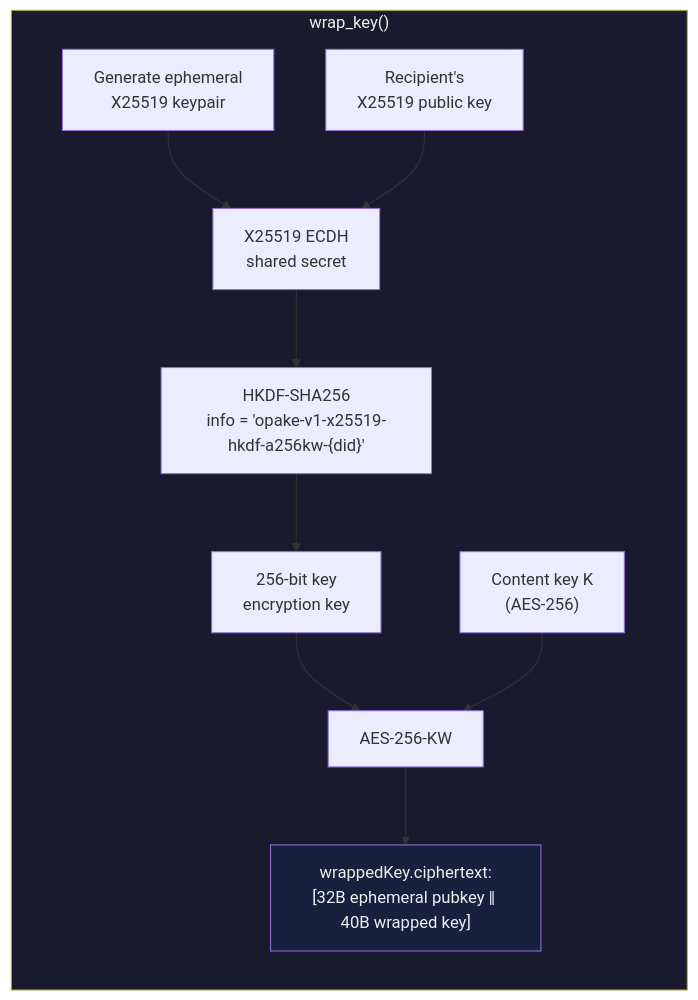
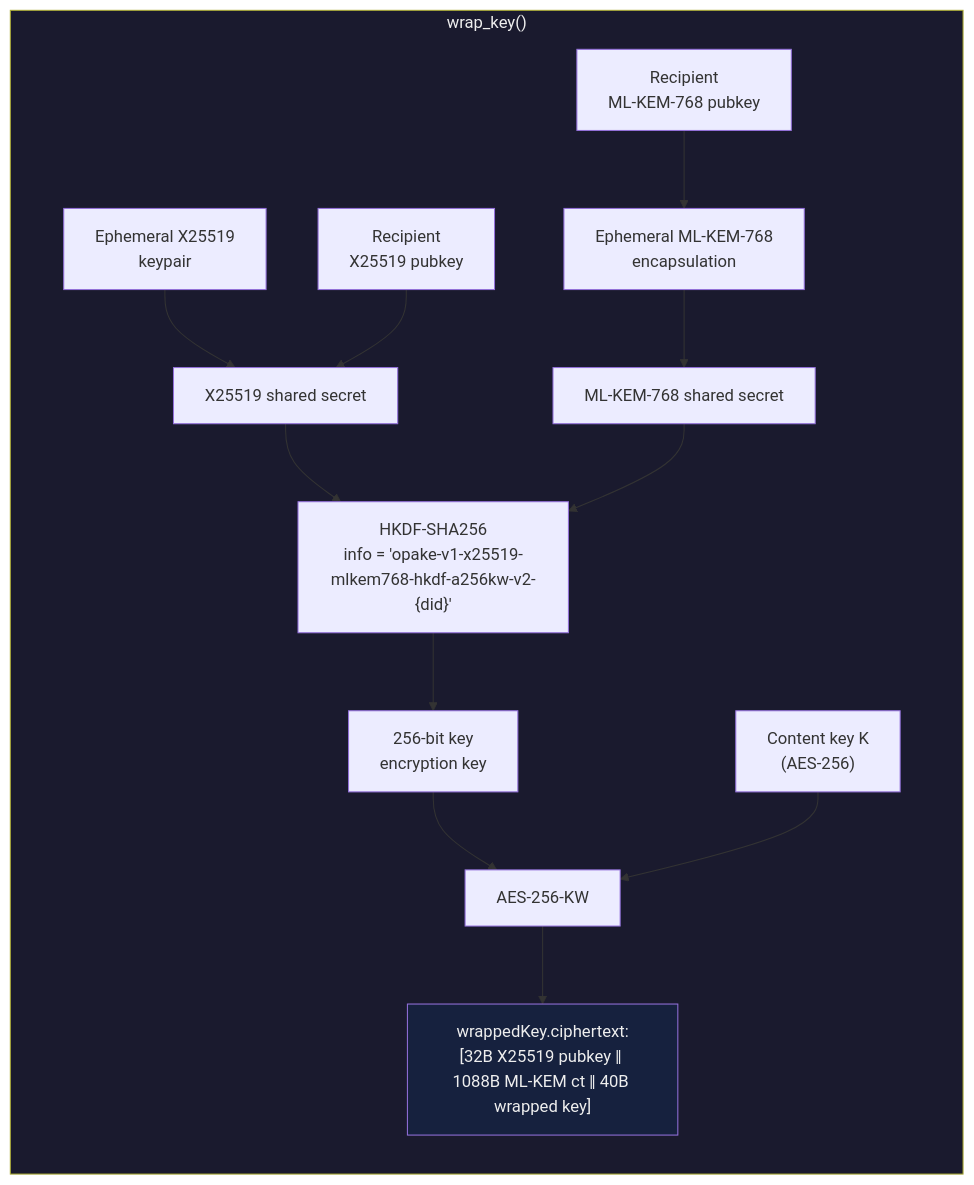
The first of 3 diagrams in docs/flows/crypto.md (Sans-Self/Opake), drawn with Mermaid before and after one commit. The commit also changed other lines of this file and 113 other files, not shown here.

First line of the commit message:
Hybridize key wrapping with X25519 + ML-KEM-768

````diff
--- a/docs/flows/crypto.md
+++ b/docs/flows/crypto.md
@@ -7,18 +7,23 @@
 ```mermaid
 flowchart LR
     subgraph Wrap ["wrap_key()"]
         direction TB
-        EphKey["Generate ephemeral<br/>X25519 keypair"] --> ECDH
-        RecipPub["Recipient's<br/>X25519 public key"] --> ECDH
-        ECDH["X25519 ECDH<br/>shared secret"] --> HKDF
-        HKDF["HKDF-SHA256<br/>info = 'opake-v1-x25519-hkdf-a256kw-{did}'"] --> KEK
+        EphX["Ephemeral X25519<br/>keypair"] --> ECDH
+        RecipX["Recipient<br/>X25519 pubkey"] --> ECDH
+        ECDH["X25519 shared secret"] --> HKDF
+
+        EphML["Ephemeral ML-KEM-768<br/>encapsulation"] --> MLSec
+        RecipML["Recipient<br/>ML-KEM-768 pubkey"] --> EphML
+        MLSec["ML-KEM-768 shared secret"] --> HKDF
+
+        HKDF["HKDF-SHA256<br/>info = 'opake-v1-x25519-mlkem768-hkdf-a256kw-v2-{did}'"] --> KEK
         KEK["256-bit key<br/>encryption key"] --> AESKW
         ContentKey["Content key K<br/>(AES-256)"] --> AESKW
         AESKW["AES-256-KW"] --> Ciphertext
     end
 
-    Ciphertext["wrappedKey.ciphertext:<br/>[32B ephemeral pubkey ‖ 40B wrapped key]"]
+    Ciphertext["wrappedKey.ciphertext:<br/>[32B X25519 pubkey ‖ 1088B ML-KEM ct ‖ 40B wrapped key]"]
 
     style Wrap fill:#1a1a2e,color:#eee
     style Ciphertext fill:#16213e,color:#eee
 ```
````
